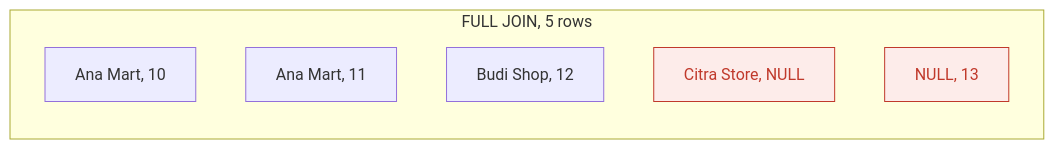
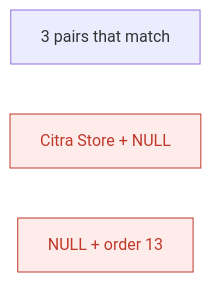
One commit to starjustice/research-material changed the fifth of 9 diagrams in learn/database/02-joins.md. Above: the diagram before and after it, drawn with Mermaid. The commit also changed other lines of this file, not shown here.

````diff
--- a/learn/database/02-joins.md
+++ b/learn/database/02-joins.md
@@ -140,12 +197,7 @@
 ```mermaid
-graph LR
-    subgraph FULL ["FULL JOIN, 5 rows"]
-        F1["Ana Mart, 10"]
-        F2["Ana Mart, 11"]
-        F3["Budi Shop, 12"]
-        F4["Citra Store, NULL"]
-        F5["NULL, 13"]
-    end
+graph TB
+    P["3 pairs that match"] ~~~ Q["Citra Store + NULL"]
+    Q ~~~ R["NULL + order 13"]
     classDef empty fill:#fdecea,stroke:#c0392b,color:#c0392b
-    class F4,F5 empty
+    class Q,R empty
 ```
````
